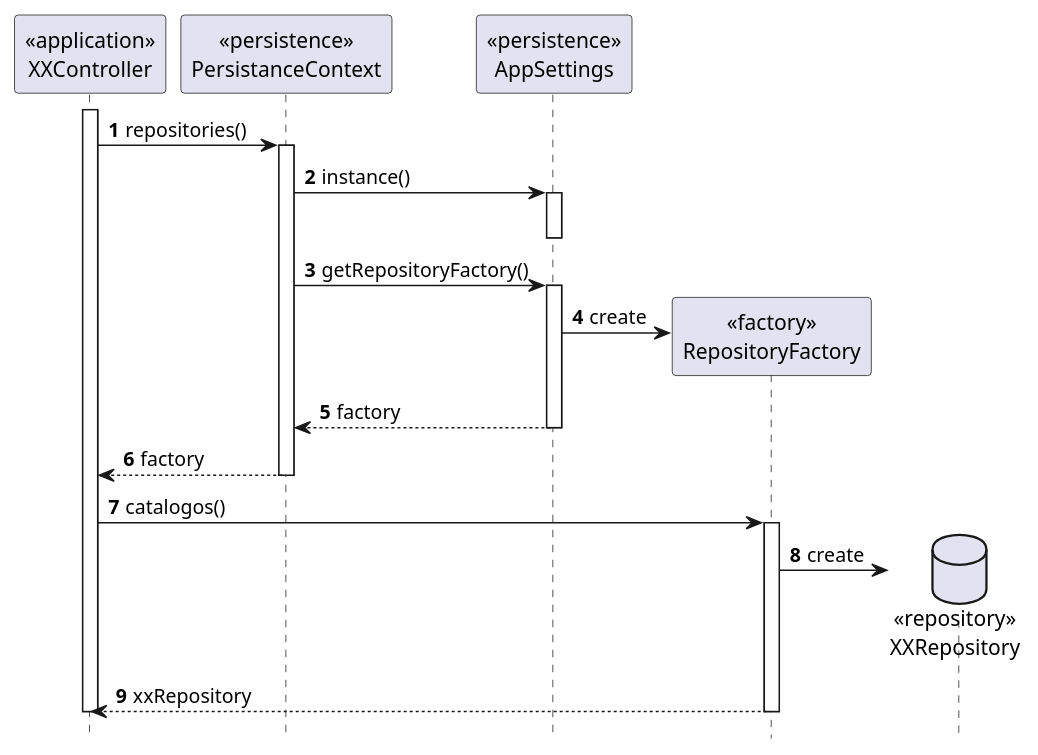
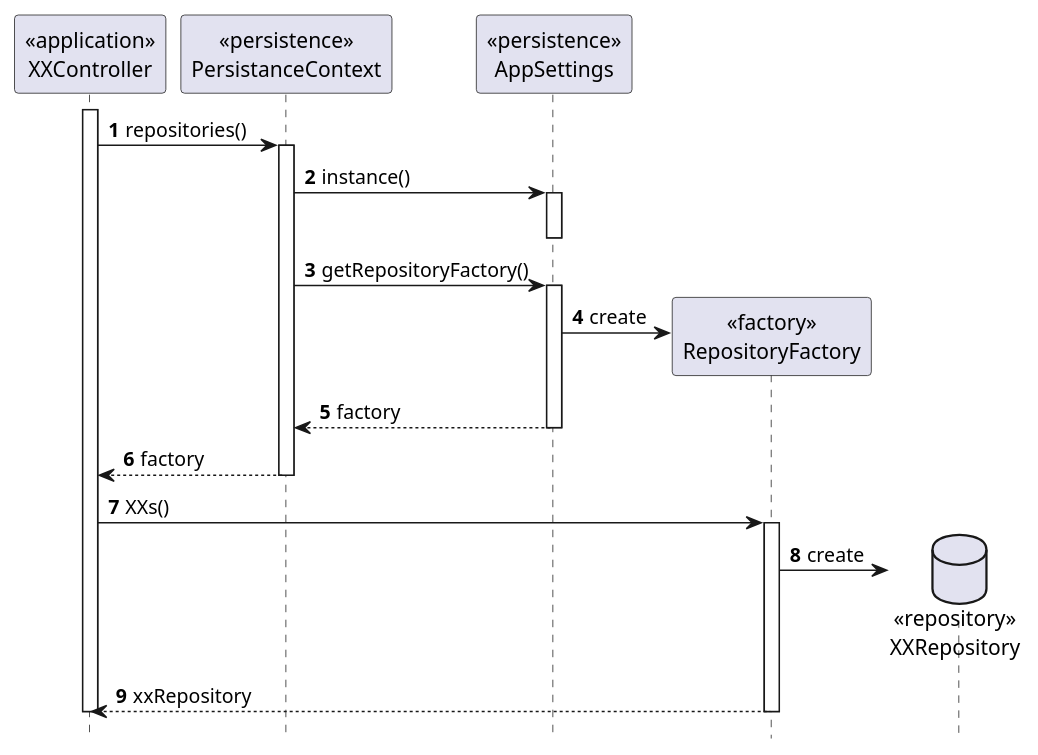
Before and after one commit to tiagoavcosta25/LAPR4: the diagram in doc/engenharia/SprintB/1190967/US-1-2002_EspecificarServico/US-1-2002_SD_Repo.puml, drawn with PlantUML. The commit also changed 1 other file, not shown here.

```diff
--- a/doc/engenharia/SprintB/1190967/US-1-2002_EspecificarServico/US-1-2002_SD_Repo.puml
+++ b/doc/engenharia/SprintB/1190967/US-1-2002_EspecificarServico/US-1-2002_SD_Repo.puml
@@ -1,39 +1,39 @@
 @startuml
 autonumber
 hide footbox
 
 participant "<<application>>\nXXController" as CTRL
 participant "<<persistence>>\nPersistanceContext" as PC
 participant "<<persistence>>\nAppSettings" as AS
 participant "<<factory>>\nRepositoryFactory" as RF
 database "<<repository>>\nXXRepository" as R
 
 activate CTRL
 
 CTRL -> PC : repositories()
 activate PC
 
 PC -> AS : instance()
 activate AS
 deactivate AS
 
 PC -> AS : getRepositoryFactory()
 activate AS
 
 AS -> RF** : create
 AS --> PC : factory
 deactivate AS
 
 PC --> CTRL : factory
 deactivate PC
 
-CTRL -> RF : catalogos()
+CTRL -> RF : XXs()
 activate RF
 
 RF -> R** : create
 RF --> CTRL : xxRepository
 deactivate RF
 
 deactivate CTRL
 
 @enduml
```
